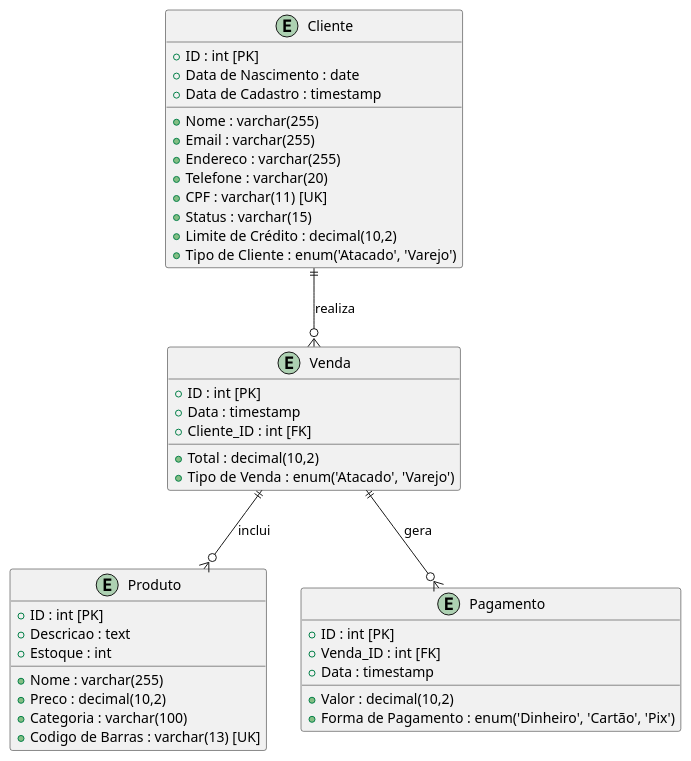
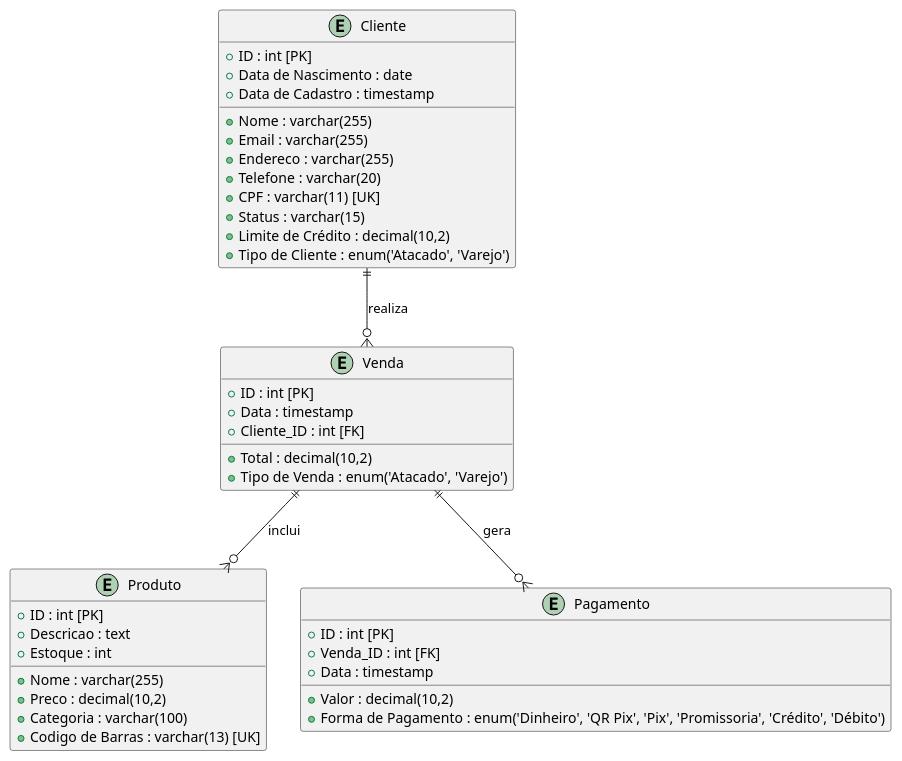
The diagram in Artefatos/Diagramas/DER Cliente.plantuml (KombatRafael18/FiligranaCaixa), drawn with PlantUML before and after one commit. The commit also changed 4 other files, not shown here.

```diff
--- a/Artefatos/Diagramas/DER Cliente.plantuml
+++ b/Artefatos/Diagramas/DER Cliente.plantuml
@@ -1,47 +1,47 @@
 @startuml
 entity "Cliente" {
     + ID : int [PK]
     + Nome : varchar(255)
     + Email : varchar(255)
     + Endereco : varchar(255)
     + Telefone : varchar(20)
     + Data de Nascimento : date
     + CPF : varchar(11) [UK]
     + Status : varchar(15)
     + Data de Cadastro : timestamp
     + Limite de Crédito : decimal(10,2)
     + Tipo de Cliente : enum('Atacado', 'Varejo')
 }
 
 entity "Produto" {
     + ID : int [PK]
     + Nome : varchar(255)
     + Descricao : text
     + Preco : decimal(10,2)
     + Categoria : varchar(100)
     + Codigo de Barras : varchar(13) [UK]
     + Estoque : int
 }
 
 entity "Venda" {
     + ID : int [PK]
     + Data : timestamp
     + Cliente_ID : int [FK]
     + Total : decimal(10,2)
     + Tipo de Venda : enum('Atacado', 'Varejo')
 }
 
 entity "Pagamento" {
     + ID : int [PK]
     + Venda_ID : int [FK]
     + Data : timestamp
     + Valor : decimal(10,2)
-    + Forma de Pagamento : enum('Dinheiro', 'Cartão', 'Pix')
+    + Forma de Pagamento : enum('Dinheiro', 'QR Pix', 'Pix', 'Promissoria', 'Crédito', 'Débito')
 }
 
 ' Relacionamentos
 Cliente ||--o{ Venda : realiza
 Venda ||--o{ Pagamento : gera
 Venda ||--o{ Produto : inclui
 
 @enduml
```
